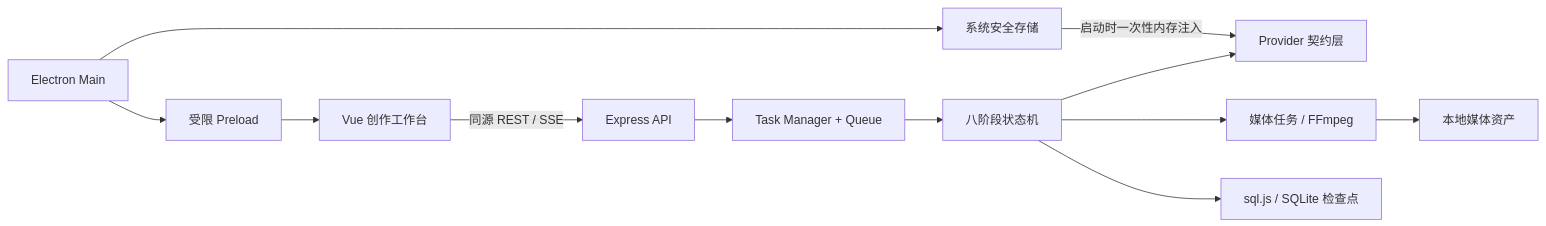
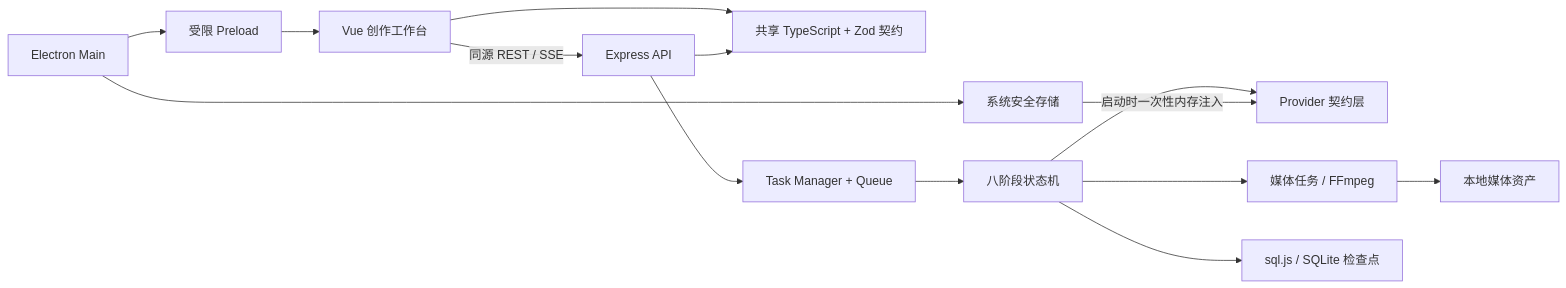
One commit to 728792899-create/aigc-video-platform changed the first of 2 diagrams in docs/architecture.md. Above: the diagram before and after it, drawn with Mermaid. The commit also changed other lines of this file and 318 other files, not shown here.

Commit message:
feat: complete TypeScript platform hardening

````diff
--- a/docs/architecture.md
+++ b/docs/architecture.md
@@ -5,14 +5,16 @@
 ```mermaid
 flowchart LR
   E["Electron Main"] --> P["受限 Preload"]
   P --> V["Vue 创作工作台"]
+  V --> C["共享 TypeScript + Zod 契约"]
   V -->|"同源 REST / SSE"| A["Express API"]
+  A --> C
   A --> T["Task Manager + Queue"]
   T --> W["八阶段状态机"]
   W --> R["Provider 契约层"]
   W --> M["媒体任务 / FFmpeg"]
   W --> D["sql.js / SQLite 检查点"]
   M --> F["本地媒体资产"]
   E --> K["系统安全存储"]
   K -->|"启动时一次性内存注入"| R
 ```
````
